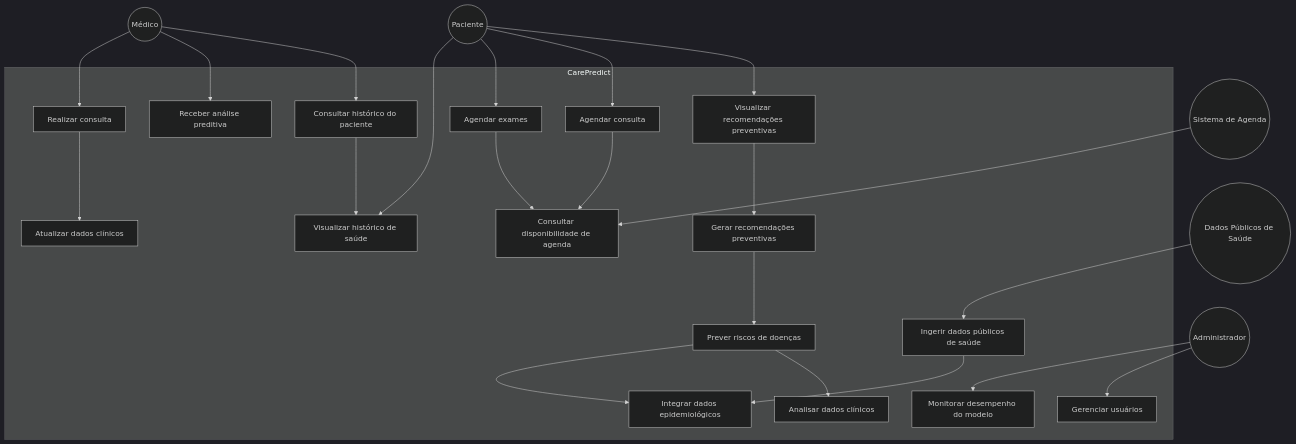
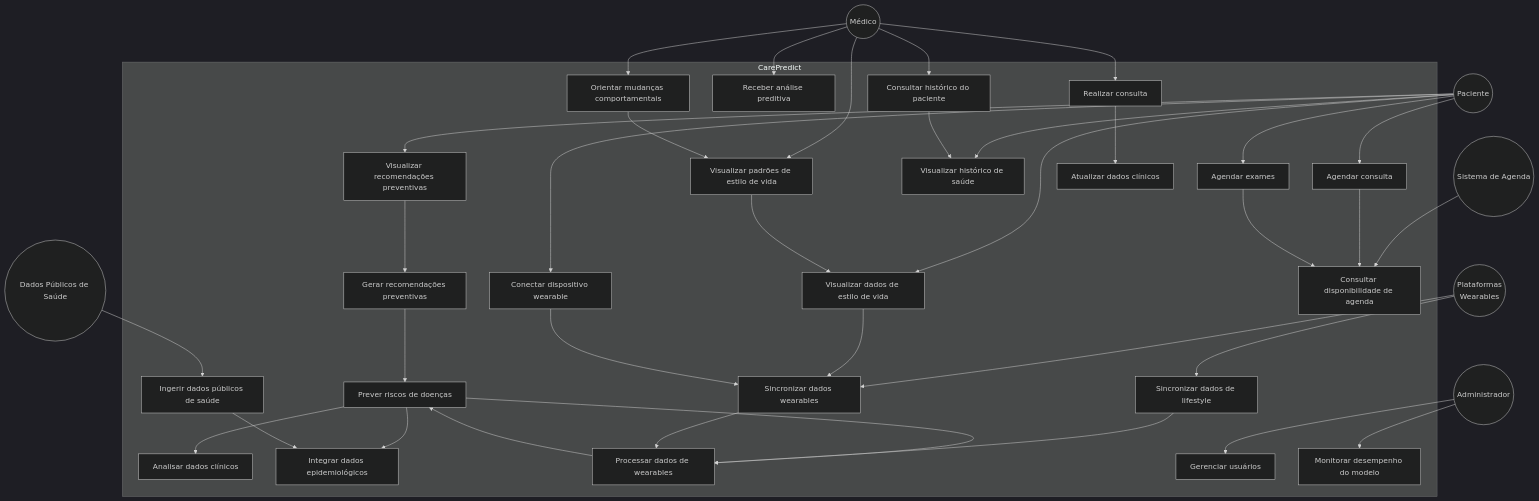
The diagram in DIAGRAMA DE CASO DE USO.md (ccps1-care-predict/care-plus-ccps1), drawn with Mermaid (dark theme) before and after one commit. The commit also changed other lines of this file and 11 other files, not shown here.

`````diff
--- a/DIAGRAMA DE CASO DE USO.md
+++ b/DIAGRAMA DE CASO DE USO.md
@@ -83,6 +107,7 @@
 Admin((Administrador))
 Agenda((Sistema de Agenda))
 DadosPublicos((Dados Públicos de Saúde))
+Wearables((Plataformas<br/>Wearables))
 
 %% SISTEMA
 
@@ -93,22 +118,30 @@
 UC3[Agendar exames]
 UC4[Visualizar histórico de saúde]
 
-UC5[Consultar histórico do paciente]
-UC6[Receber análise preditiva]
-UC7[Realizar consulta]
+UC5[Conectar dispositivo wearable]
+UC6[Visualizar dados de estilo de vida]
+UC7[Sincronizar dados wearables]
 
-UC8[Analisar dados clínicos]
-UC9[Integrar dados epidemiológicos]
-UC10[Prever riscos de doenças]
-UC11[Gerar recomendações preventivas]
+UC8[Consultar histórico do paciente]
+UC9[Receber análise preditiva]
+UC10[Visualizar padrões de estilo de vida]
+UC11[Realizar consulta]
+UC12[Orientar mudanças comportamentais]
 
-UC12[Atualizar dados clínicos]
+UC13[Analisar dados clínicos]
+UC14[Integrar dados epidemiológicos]
+UC15[Processar dados de wearables]
+UC16[Prever riscos de doenças]
+UC17[Gerar recomendações preventivas]
 
-UC13[Gerenciar usuários]
-UC14[Monitorar desempenho do modelo]
+UC18[Atualizar dados clínicos]
 
-UC15[Consultar disponibilidade de agenda]
-UC16[Ingerir dados públicos de saúde]
+UC19[Gerenciar usuários]
+UC20[Monitorar desempenho do modelo]
+
+UC21[Consultar disponibilidade de agenda]
+UC22[Ingerir dados públicos de saúde]
+UC23[Sincronizar dados de lifestyle]
 
 end
 
@@ -118,35 +151,51 @@
 Paciente --> UC2
 Paciente --> UC3
 Paciente --> UC4
+Paciente --> UC5
+Paciente --> UC6
 
 %% INTERAÇÕES MÉDICO
 
-Medico --> UC5
-Medico --> UC6
-Medico --> UC7
+Medico --> UC8
+Medico --> UC9
+Medico --> UC10
+Medico --> UC11
+Medico --> UC12
 
 %% INTERAÇÕES ADMIN
 
-Admin --> UC13
-Admin --> UC14
+Admin --> UC19
+Admin --> UC20
 
 %% SISTEMAS EXTERNOS
 
-Agenda --> UC15
-DadosPublicos --> UC16
+Agenda --> UC21
+DadosPublicos --> UC22
+Wearables --> UC7
+Wearables --> UC23
 
 %% RELAÇÕES INTERNAS DO SISTEMA
 
-UC1 --> UC11
-UC11 --> UC10
-UC10 --> UC8
-UC10 --> UC9
+UC1 --> UC17
+UC17 --> UC16
+UC16 --> UC13
+UC16 --> UC14
+UC16 --> UC15
 
-UC2 --> UC15
-UC3 --> UC15
+UC2 --> UC21
+UC3 --> UC21
 
-UC7 --> UC12
-UC5 --> UC4
+UC11 --> UC18
+UC8 --> UC4
 
-UC16 --> UC9
-````
+UC22 --> UC14
+UC23 --> UC15
+
+UC6 --> UC7
+UC5 --> UC7
+UC7 --> UC15
+UC15 --> UC16
+
+UC12 --> UC10
+UC10 --> UC6
+```
`````
